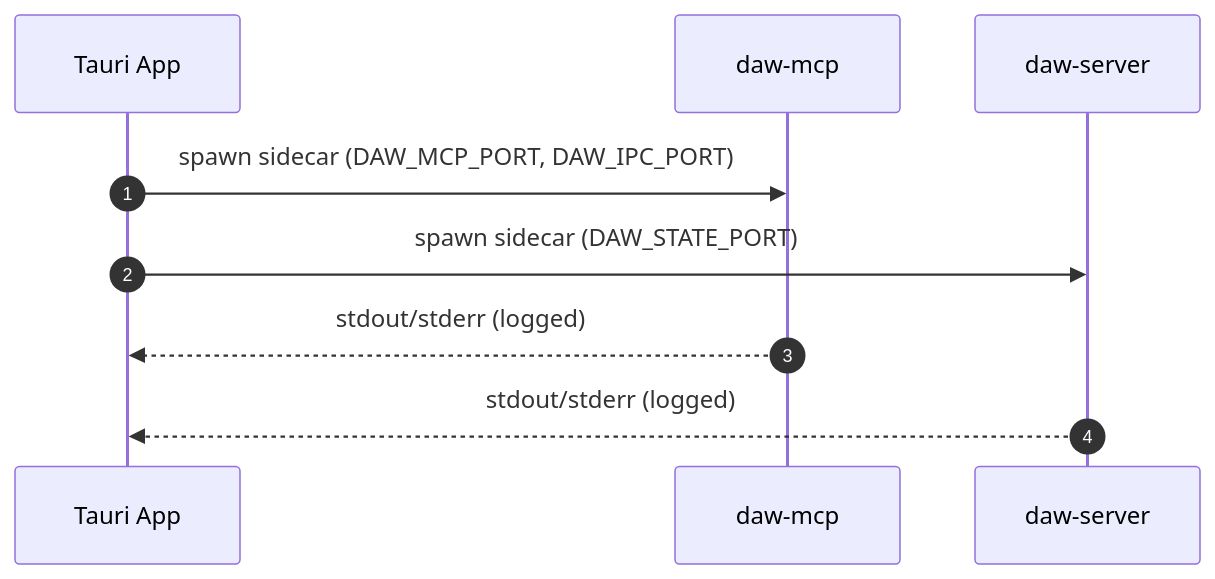
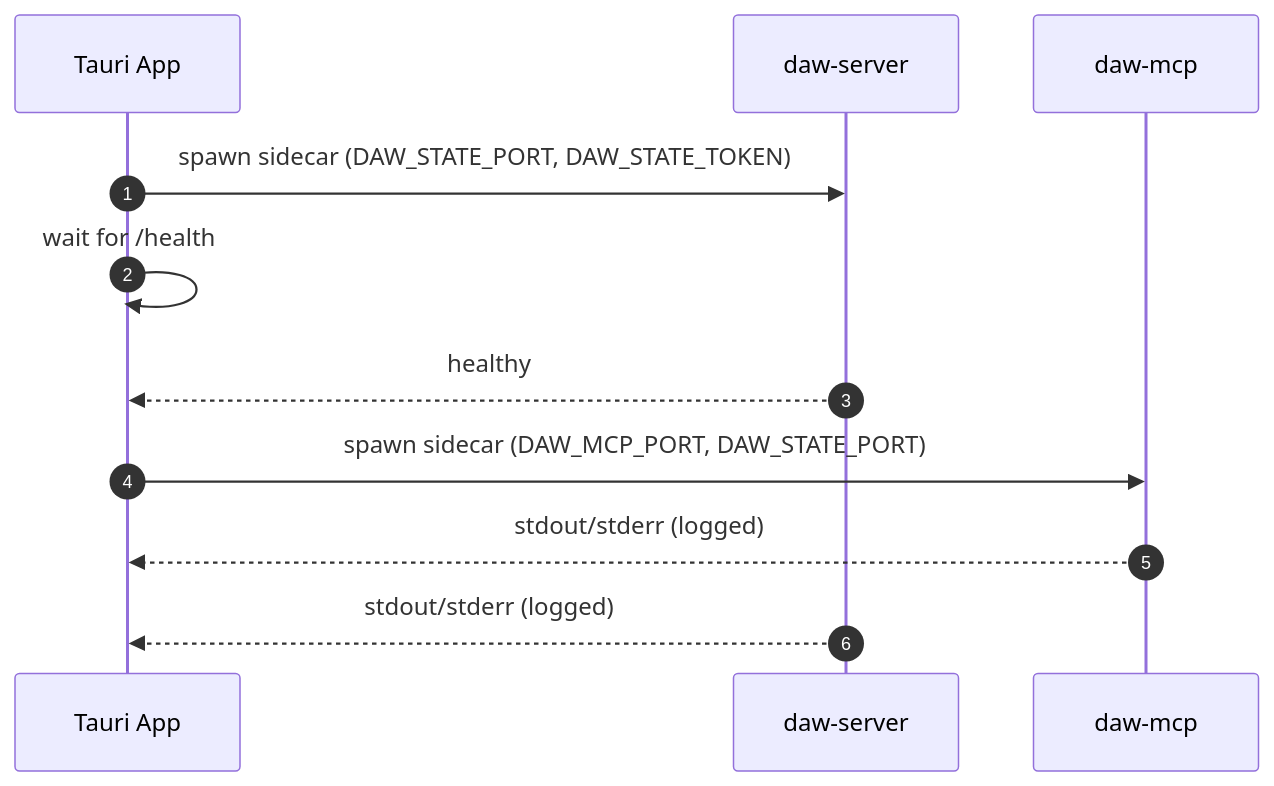
One commit to wking-io/daw changed the third of 3 diagrams in packages/desktop/ARCHITECTURE.md. Above: the diagram before and after it, drawn with Mermaid. The commit also changed other lines of this file and 7 other files, not shown here.

````diff
--- a/packages/desktop/ARCHITECTURE.md
+++ b/packages/desktop/ARCHITECTURE.md
@@ -40,12 +40,14 @@
 ```mermaid
 sequenceDiagram
   autonumber
   participant Tauri as Tauri App
+  participant State as daw-server
   participant MCP as daw-mcp
-  participant State as daw-server
 
-  Tauri->>MCP: spawn sidecar (DAW_MCP_PORT, DAW_IPC_PORT)
-  Tauri->>State: spawn sidecar (DAW_STATE_PORT)
+  Tauri->>State: spawn sidecar (DAW_STATE_PORT, DAW_STATE_TOKEN)
+  Tauri->>Tauri: wait for /health
+  State-->>Tauri: healthy
+  Tauri->>MCP: spawn sidecar (DAW_MCP_PORT, DAW_STATE_PORT)
   MCP-->>Tauri: stdout/stderr (logged)
   State-->>Tauri: stdout/stderr (logged)
 ```
````
